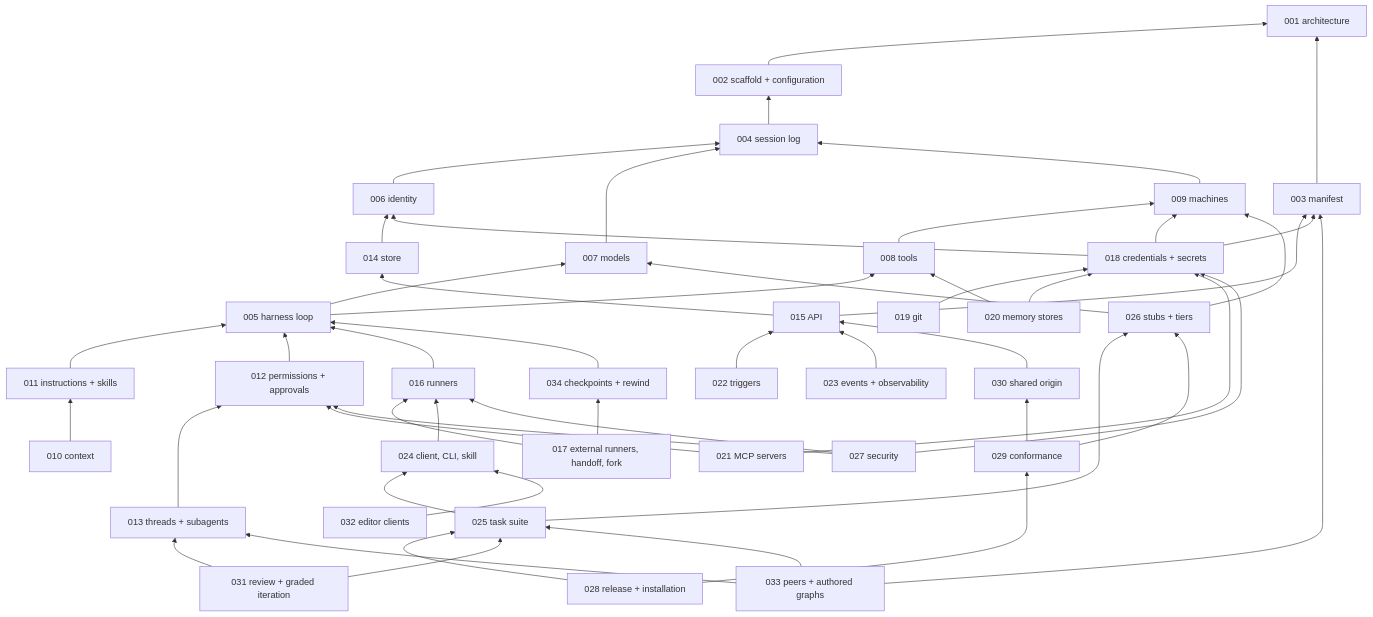
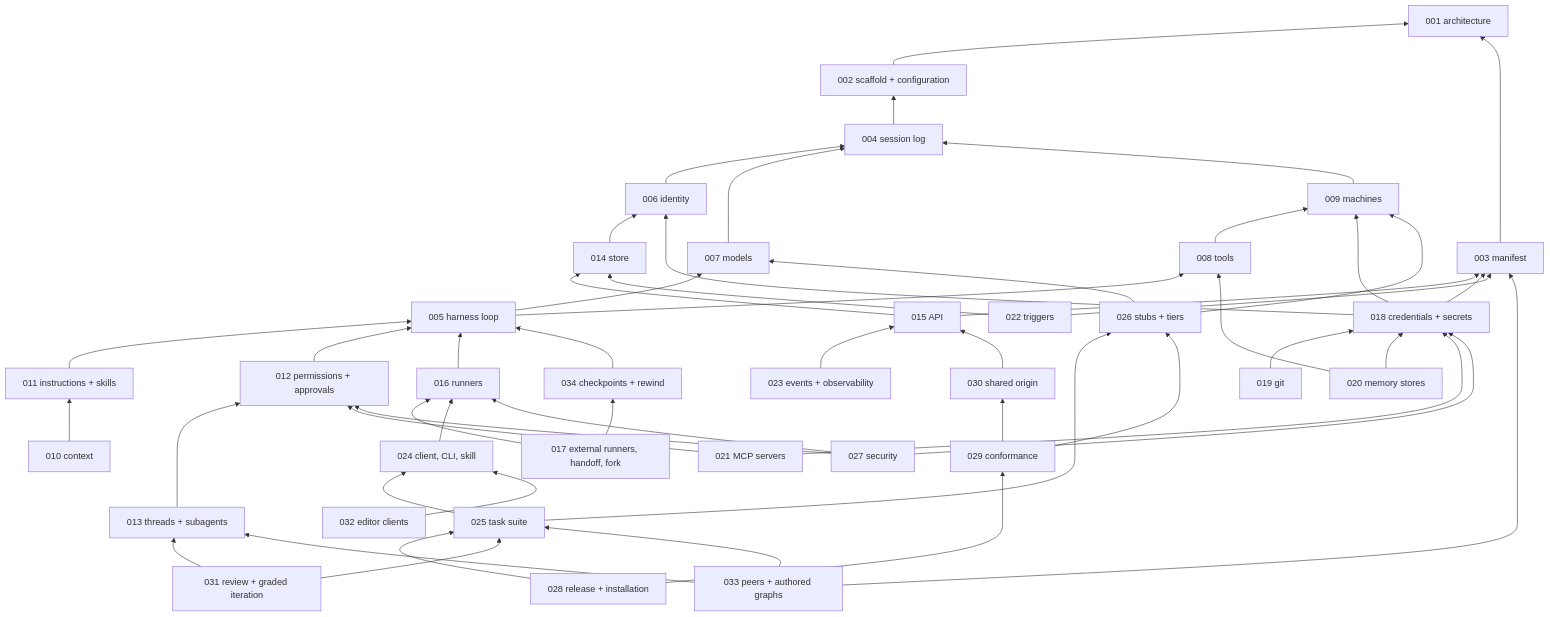
The second of 2 diagrams in specs/README.md (latere-ai/topos), drawn with Mermaid before and after one commit. The commit also changed other lines of this file and 15 other files, not shown here.

```diff
--- a/specs/README.md
+++ b/specs/README.md
@@ -161,7 +161,8 @@
   S020 --> S018
   S021 --> S012
   S021 --> S018
-  S022 --> S015
+  S022 --> S003
+  S022 --> S014
   S023 --> S015
   S024 --> S016
   S025 --> S024
```
